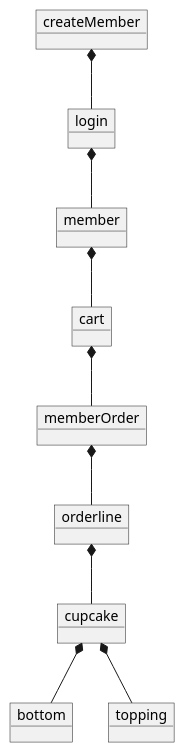
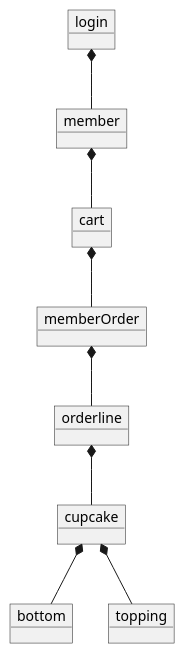
Before and after one commit to mrPrimeBeef/cupcake: the diagram in src/design/structur/Domain model.puml, drawn with PlantUML. The commit also changed 4 other files, not shown here.

Commit message:
Alt andet end orderMapper er nu klaret

```diff
--- a/src/design/structur/Domain model.puml
+++ b/src/design/structur/Domain model.puml
@@ -1,21 +1,19 @@
 @startuml
 object login
-object createMember
 object member
 object memberOrder
 object orderline
 object cupcake
 object bottom
 object topping
 object cart
 
 member *-- cart
-createMember *-- login
 cart *-- memberOrder
 login *-- member
 memberOrder *-- orderline
 orderline *-- cupcake
 cupcake *-- bottom
 cupcake *-- topping
 
 @enduml
```
